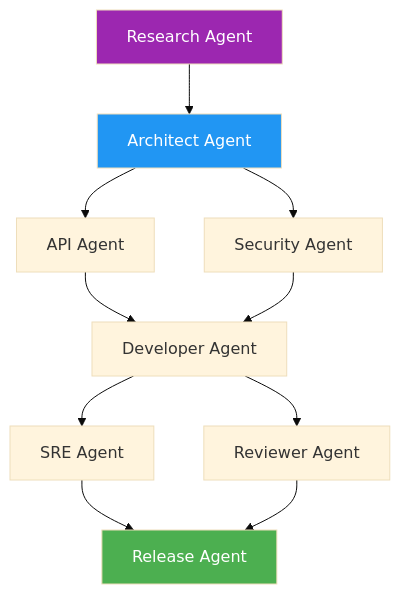
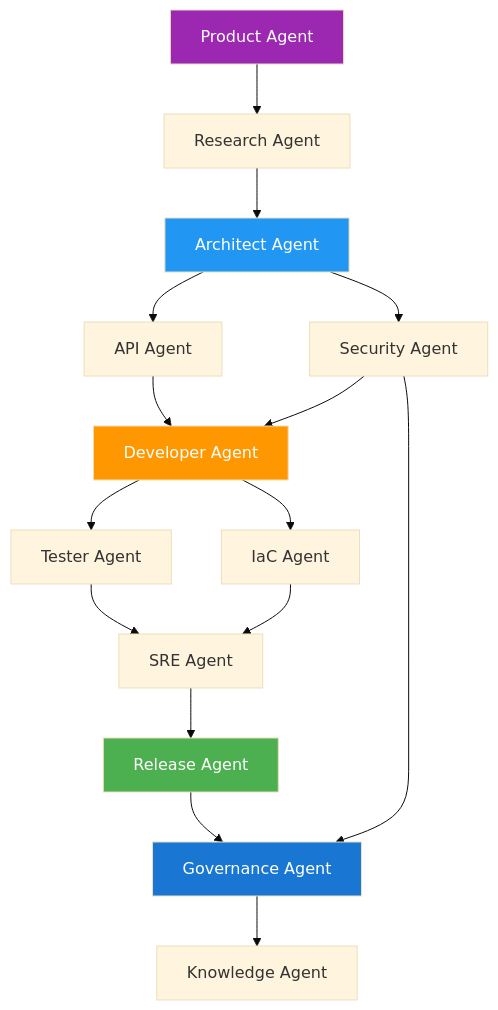
Before and after one commit to nimergulf/devfactory: the diagram in README.md, drawn with Mermaid (base theme). The commit also changed other lines of this file and 1 other file, not shown here.

````diff
--- a/README.md
+++ b/README.md
@@ -67,16 +65,23 @@
 ```mermaid
 graph TB
-    A[Research Agent] --> B[Architect Agent]
-    B --> C[API Agent]
-    B --> D[Security Agent]
-    C --> E[Developer Agent]
-    D --> E
-    E --> F[SRE Agent]
-    E --> G[Reviewer Agent]
-    F --> H[Release Agent]
-    G --> H
+    A[Product Agent] --> B[Research Agent]
+    B --> C[Architect Agent]
+    C --> D[API Agent]
+    C --> E[Security Agent]
+    D --> F[Developer Agent]
+    E --> F
+    F --> G[Tester Agent]
+    F --> H[IaC Agent]
+    G --> I[SRE Agent]
+    H --> I
+    I --> J[Release Agent]
+    E --> K[Governance Agent]
+    J --> K
+    K --> L[Knowledge Agent]
     
     style A fill:#9C27B0,color:#fff
-    style B fill:#2196F3,color:#fff
-    style H fill:#4CAF50,color:#fff
+    style C fill:#2196F3,color:#fff
+    style F fill:#FF9800,color:#fff
+    style J fill:#4CAF50,color:#fff
+    style K fill:#1976D2,color:#fff
 ```
````
